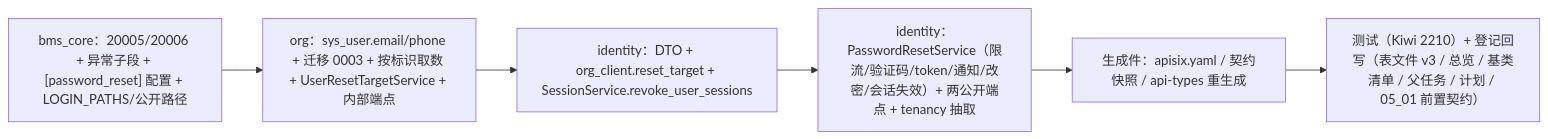
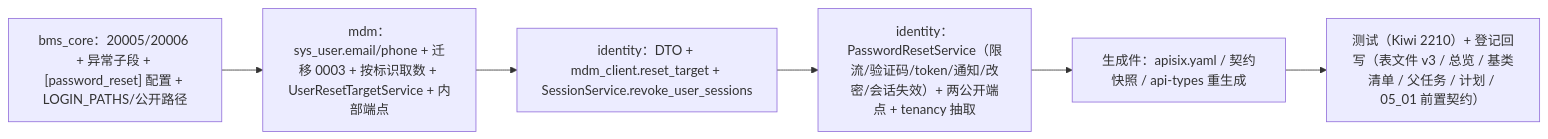
Before and after one commit to minjian123/basic-management-system: the diagram in bms文档/项目/06_认证与安全/任务/03_验证码与账号治理/03_验证码与账号治理_06_找回密码流程/实施/01_实施_06_找回密码流程.md, drawn with Mermaid. The commit also changed other lines of this file and 501 other files, not shown here.

````diff
--- a/bms文档/项目/06_认证与安全/任务/03_验证码与账号治理/03_验证码与账号治理_06_找回密码流程/实施/01_实施_06_找回密码流程.md
+++ b/bms文档/项目/06_认证与安全/任务/03_验证码与账号治理/03_验证码与账号治理_06_找回密码流程/实施/01_实施_06_找回密码流程.md
@@ -22,8 +22,8 @@
 ```mermaid
 flowchart LR
-    A["bms_core：20005/20006 + 异常子段 + [password_reset] 配置 + LOGIN_PATHS/公开路径"] --> B["org：sys_user.email/phone + 迁移 0003 + 按标识取数 + UserResetTargetService + 内部端点"]
-    B --> C["identity：DTO + org_client.reset_target + SessionService.revoke_user_sessions"]
+    A["bms_core：20005/20006 + 异常子段 + [password_reset] 配置 + LOGIN_PATHS/公开路径"] --> B["mdm：sys_user.email/phone + 迁移 0003 + 按标识取数 + UserResetTargetService + 内部端点"]
+    B --> C["identity：DTO + mdm_client.reset_target + SessionService.revoke_user_sessions"]
     C --> D["identity：PasswordResetService（限流/验证码/token/通知/改密/会话失效）+ 两公开端点 + tenancy 抽取"]
     D --> E["生成件：apisix.yaml / 契约快照 / api-types 重生成"]
     E --> F["测试（Kiwi 2210）+ 登记回写（表文件 v3 / 总览 / 基类清单 / 父任务 / 计划 / 05_01 前置契约）"]
 ```
````
